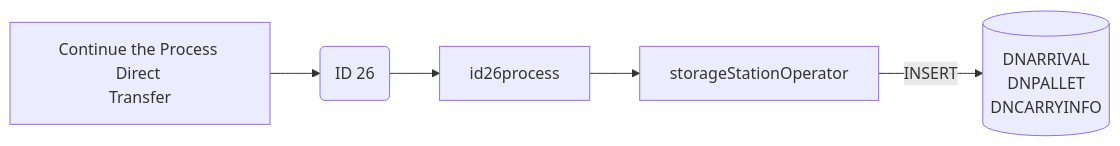
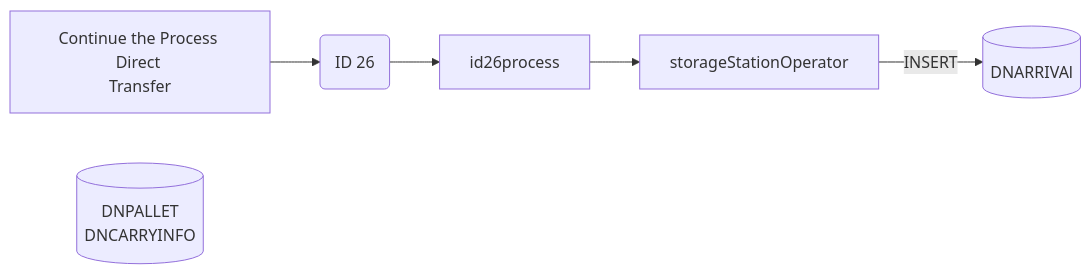
The fifth of 23 diagrams in Basic-Design/DFD-WMS/Storage/Palletizing-Settting/Palletize-Start.md (luthfiadityaa/SimeDarby-Wiki), drawn with Mermaid before and after one commit.

Commit message:
Updated Palletize Start

```diff
--- a/Basic-Design/DFD-WMS/Storage/Palletizing-Settting/Palletize-Start.md
+++ b/Basic-Design/DFD-WMS/Storage/Palletizing-Settting/Palletize-Start.md
@@ -323,23 +323,26 @@
 ::: mermaid
 flowchart LR
 
 releaseCommand["
 Continue the Process Direct 
 Transfer
 "]
 
 id26msg("
 ID 26
 ")
 
 id26-insert[("
-DNARRIVAL
+DNARRIVAl
+")]
+
+id26-update[("
 DNPALLET
 DNCARRYINFO
-")]
+")];
 
 storageStationOperator[storageStationOperator]
 
 releaseCommand-->id26msg-->id26process-->storageStationOperator
 storageStationOperator--> |INSERT| id26-insert
 :::
```
